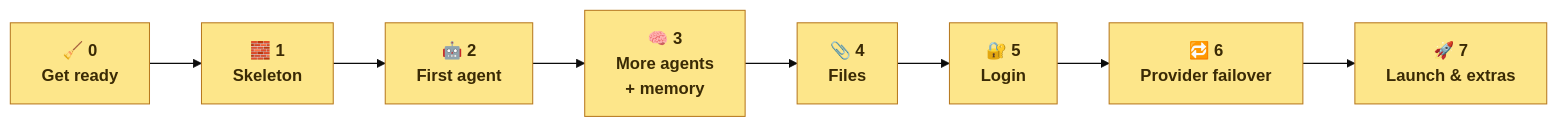
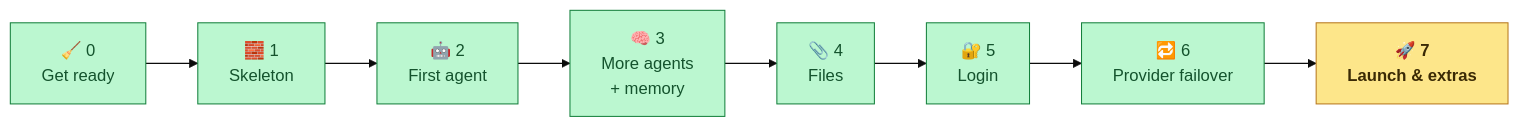
Before and after one commit to anurag-joshi-1403/Multi-Agent-AI-Platform: the second of 5 diagrams in BACKEND.md, drawn with Mermaid (base theme). The commit also changed other lines of this file, not shown here.

First line of the commit message:
docs(backend): mark Phases 0-6 done in BACKEND.md

````diff
--- a/BACKEND.md
+++ b/BACKEND.md
@@ -45,7 +45,9 @@
 ```mermaid
 flowchart LR
     classDef todo fill:#fde68a,stroke:#b7791f,color:#3a2a05,font-weight:bold
+    classDef done fill:#bbf7d0,stroke:#15803d,color:#14532d
     P0["🧹 0<br/>Get ready"] --> P1["🧱 1<br/>Skeleton"] --> P2["🤖 2<br/>First agent"] --> P3["🧠 3<br/>More agents<br/>+ memory"]
     P3 --> P4["📎 4<br/>Files"] --> P5["🔐 5<br/>Login"] --> P6["🔁 6<br/>Provider failover"] --> P7["🚀 7<br/>Launch & extras"]
-    class P0,P1,P2,P3,P4,P5,P6,P7 todo
+    class P0,P1,P2,P3,P4,P5,P6 done
+    class P7 todo
 ```
````
